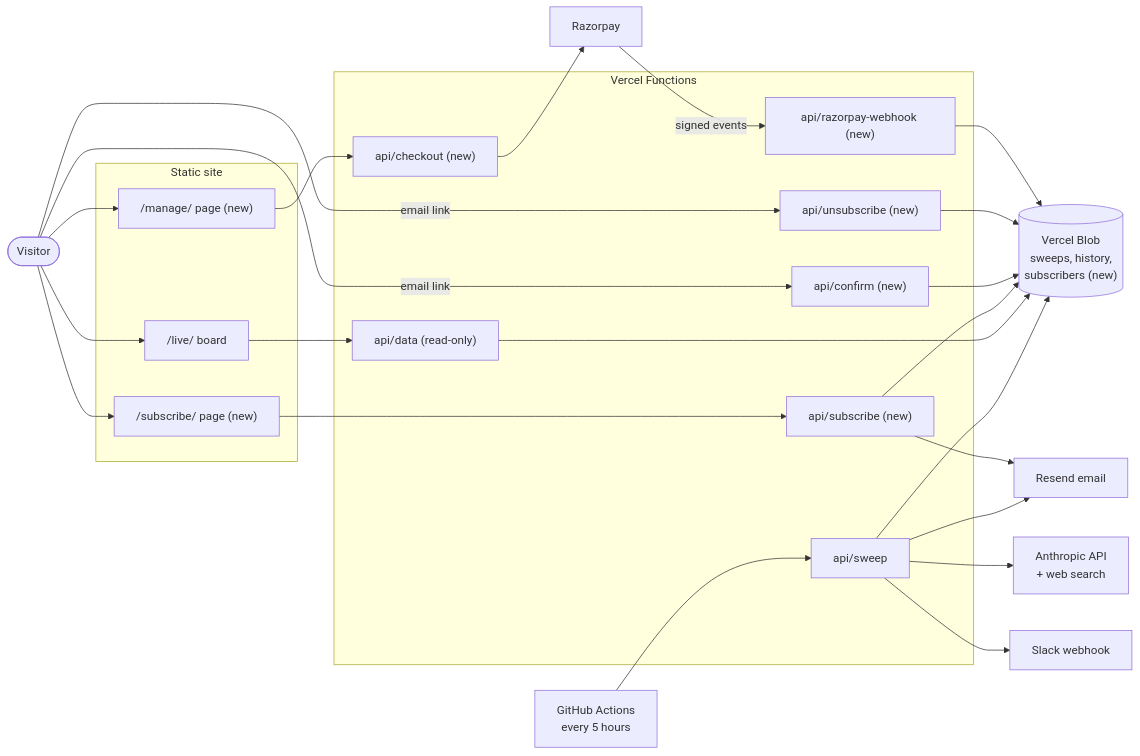
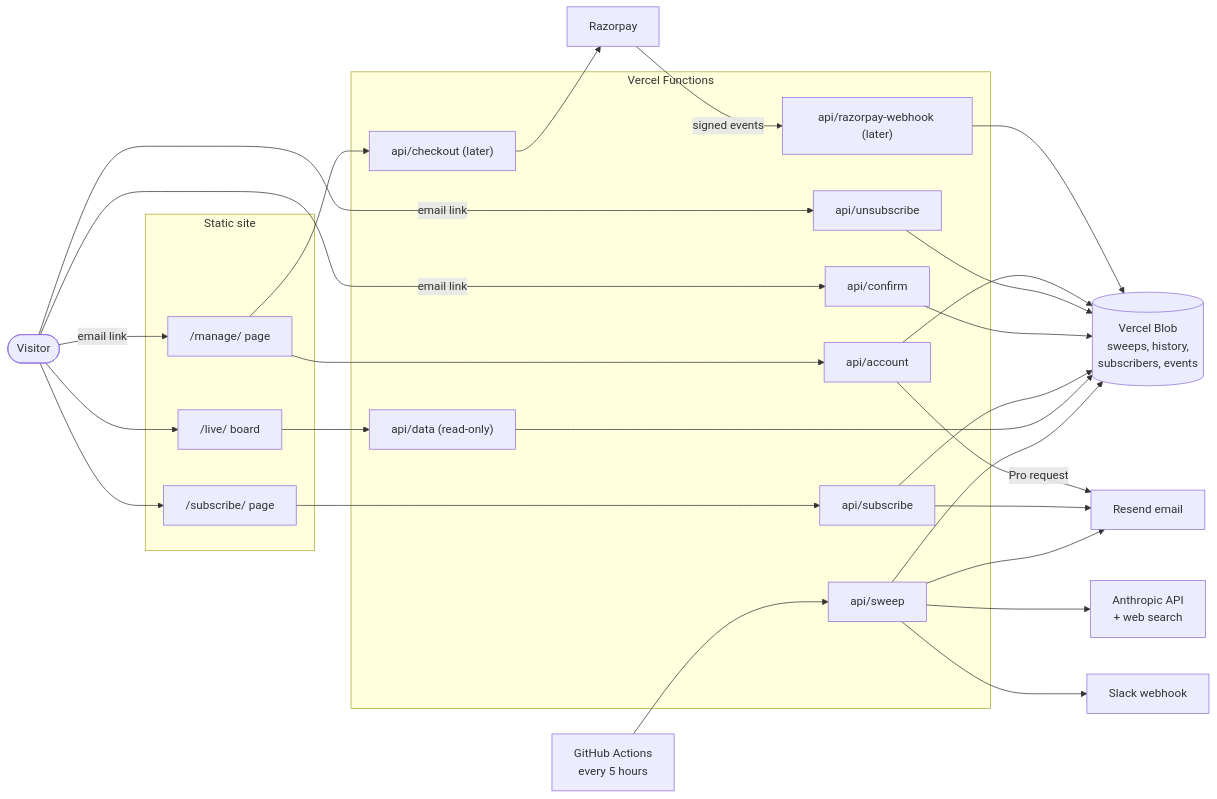
One commit to bhawnamanglapm/travel-problem-radar-case-study changed the first of 6 diagrams in docs/subscriptions/architecture.md. Above: the diagram before and after it, drawn with Mermaid. The commit also changed other lines of this file and 1 other file, not shown here.

````diff
--- a/docs/subscriptions/architecture.md
+++ b/docs/subscriptions/architecture.md
@@ -22,38 +23,41 @@
 ```mermaid
 flowchart LR
   V([Visitor])
   GHA["GitHub Actions<br/>every 5 hours"]
   subgraph Site["Static site"]
     LIVE["/live/ board"]
-    SUBP["/subscribe/ page (new)"]
-    MAN["/manage/ page (new)"]
+    SUBP["/subscribe/ page"]
+    MAN["/manage/ page"]
   end
   subgraph Fn["Vercel Functions"]
     SWEEP["api/sweep"]
     DATA["api/data (read-only)"]
-    SUBS["api/subscribe (new)"]
-    CONF["api/confirm (new)"]
-    UNS["api/unsubscribe (new)"]
-    CHK["api/checkout (new)"]
-    WH["api/razorpay-webhook (new)"]
+    SUBS["api/subscribe"]
+    CONF["api/confirm"]
+    UNS["api/unsubscribe"]
+    ACC["api/account"]
+    CHK["api/checkout (later)"]
+    WH["api/razorpay-webhook (later)"]
   end
-  BLOB[("Vercel Blob<br/>sweeps, history,<br/>subscribers (new)")]
+  BLOB[("Vercel Blob<br/>sweeps, history,<br/>subscribers, events")]
   ANTH["Anthropic API<br/>+ web search"]
   RES["Resend email"]
   SLK["Slack webhook"]
   RZP["Razorpay"]
 
   GHA --> SWEEP
   SWEEP --> ANTH
   SWEEP --> BLOB
   SWEEP --> RES
   SWEEP --> SLK
   V --> LIVE --> DATA --> BLOB
   V --> SUBP --> SUBS
   SUBS --> BLOB
   SUBS --> RES
   V -->|email link| CONF --> BLOB
   V -->|email link| UNS --> BLOB
-  V --> MAN --> CHK --> RZP
+  V -->|email link| MAN --> ACC --> BLOB
+  ACC -->|Pro request| RES
+  MAN --> CHK --> RZP
   RZP -->|signed events| WH --> BLOB
 ```
````
